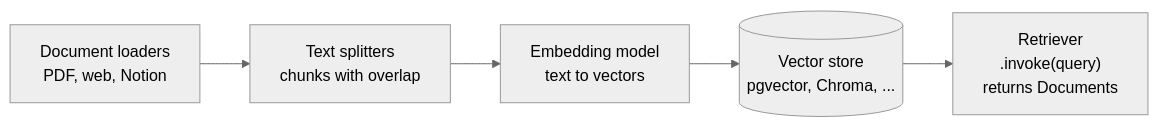
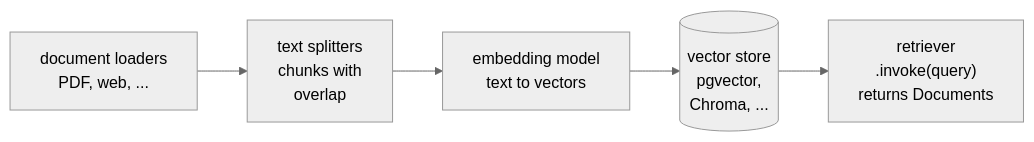
One commit to shubamchaudhary/CodeNITW changed the fifth of 7 diagrams in src/Data/aiStackDocs/CH-13.md. Above: the diagram before and after it, drawn with Mermaid (neutral theme). The commit also changed other lines of this file and 7 other files, not shown here.

````diff
--- a/src/Data/aiStackDocs/CH-13.md
+++ b/src/Data/aiStackDocs/CH-13.md
@@ -195,7 +207,7 @@
 ```mermaid
 flowchart LR
-    L["Document loaders<br/>PDF, web, Notion"] --> T["Text splitters<br/>chunks with overlap"]
-    T --> E["Embedding model<br/>text to vectors"]
-    E --> V[("Vector store<br/>pgvector, Chroma, ...")]
-    V --> R["Retriever<br/>.invoke(query)<br/>returns Documents"]
+    L["document loaders<br/>PDF, web, ..."] --> T["text splitters<br/>chunks with<br/>overlap"]
+    T --> E["embedding model<br/>text to vectors"]
+    E --> V[("vector store<br/>pgvector,<br/>Chroma, ...")]
+    V --> R["retriever<br/>.invoke(query)<br/>returns Documents"]
 ```
````
